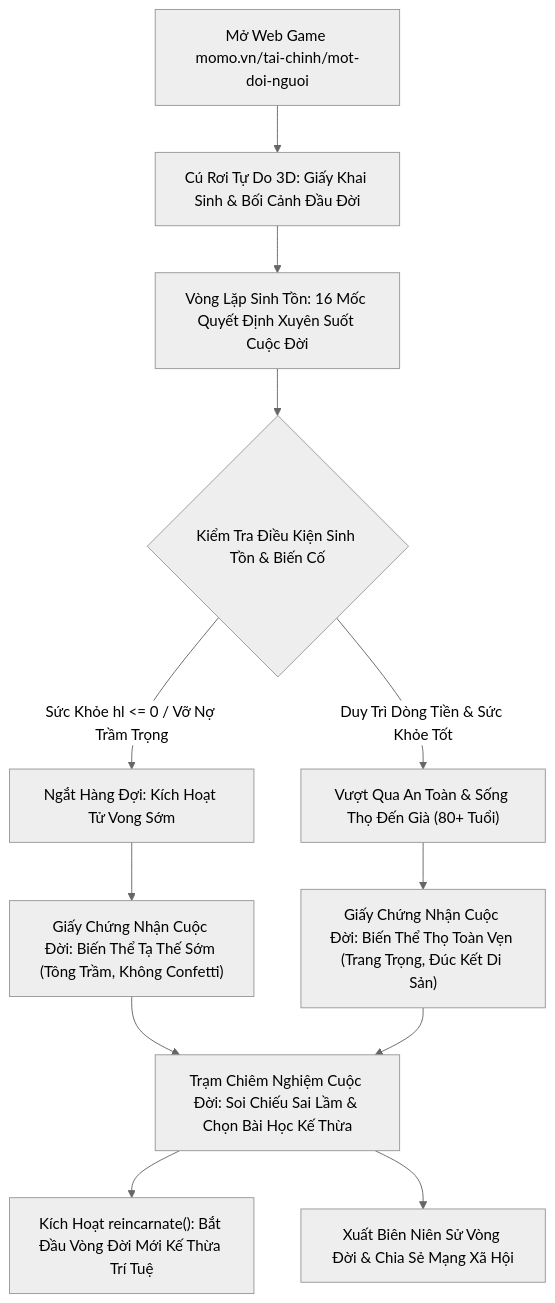
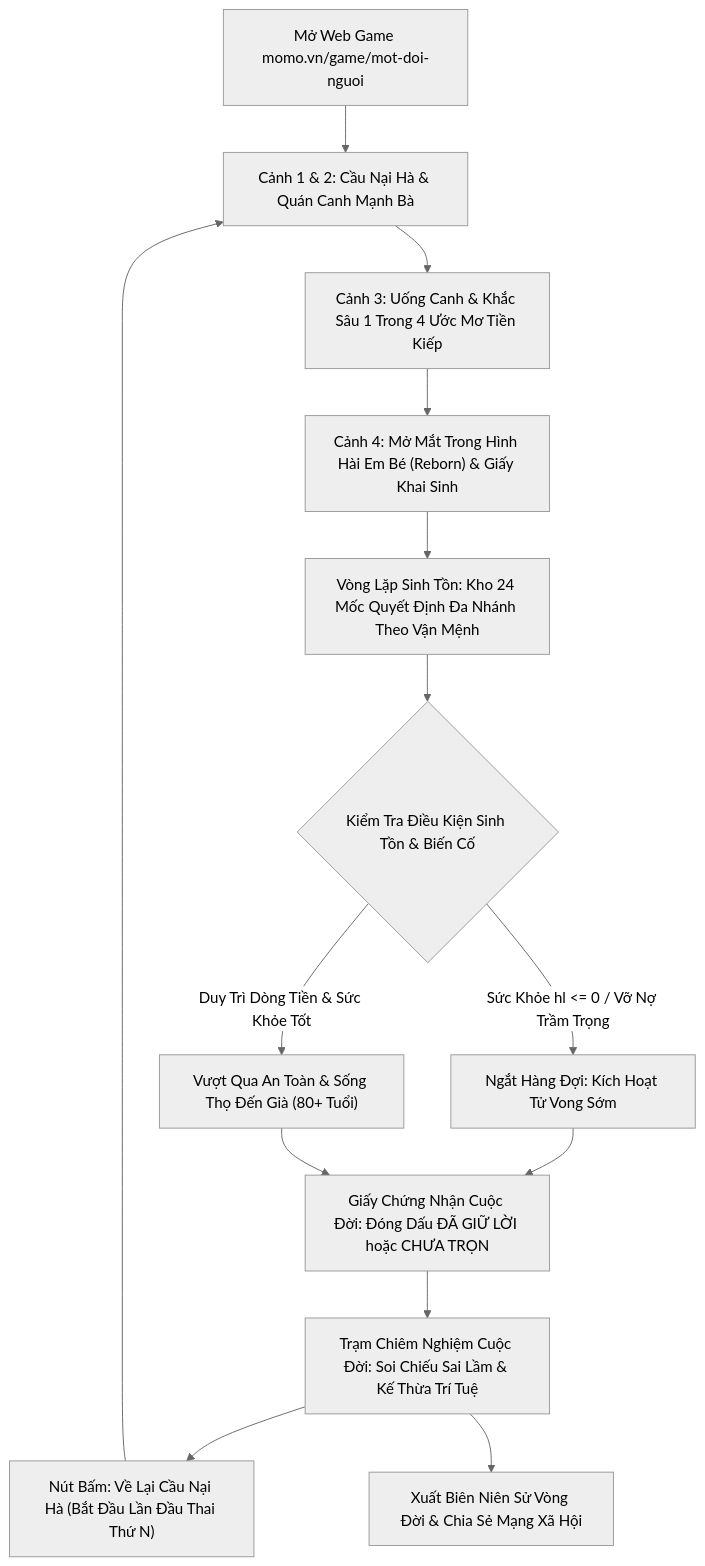
Before and after one commit to vanhien26/hienho-knowledgebase: the diagram in 09_PRD/life-simulation-game-prd.md, drawn with Mermaid (neutral theme). The commit also changed other lines of this file, not shown here.

Commit message:
docs(prd): standardize life simulation game PRD tables to markdown

````diff
--- a/09_PRD/life-simulation-game-prd.md
+++ b/09_PRD/life-simulation-game-prd.md
@@ -707,14 +667,16 @@
 ```mermaid
 graph TD
-    A["Mở Web Game momo.vn/tai-chinh/mot-doi-nguoi"] --> B["Cú Rơi Tự Do 3D: Giấy Khai Sinh & Bối Cảnh Đầu Đời"]
-    B --> C["Vòng Lặp Sinh Tồn: 16 Mốc Quyết Định Xuyên Suốt Cuộc Đời"]
-    C --> D{"Kiểm Tra Điều Kiện Sinh Tồn & Biến Cố"}
-    D -- "Sức Khỏe hl <= 0 / Vỡ Nợ Trầm Trọng" --> E["Ngắt Hàng Đợi: Kích Hoạt Tử Vong Sớm"]
-    D -- "Duy Trì Dòng Tiền & Sức Khỏe Tốt" --> F["Vượt Qua An Toàn & Sống Thọ Đến Già (80+ Tuổi)"]
-    E --> G["Giấy Chứng Nhận Cuộc Đời: Biến Thể Tạ Thế Sớm (Tông Trầm, Không Confetti)"]
-    F --> H["Giấy Chứng Nhận Cuộc Đời: Biến Thể Thọ Toàn Vẹn (Trang Trọng, Đúc Kết Di Sản)"]
-    G --> I["Trạm Chiêm Nghiệm Cuộc Đời: Soi Chiếu Sai Lầm & Chọn Bài Học Kế Thừa"]
+    A["Mở Web Game momo.vn/game/mot-doi-nguoi"] --> B["Cảnh 1 & 2: Cầu Nại Hà & Quán Canh Mạnh Bà"]
+    B --> C["Cảnh 3: Uống Canh & Khắc Sâu 1 Trong 4 Ước Mơ Tiền Kiếp"]
+    C --> D["Cảnh 4: Mở Mắt Trong Hình Hài Em Bé (Reborn) & Giấy Khai Sinh"]
+    D --> E["Vòng Lặp Sinh Tồn: Kho 24 Mốc Quyết Định Đa Nhánh Theo Vận Mệnh"]
+    E --> F{"Kiểm Tra Điều Kiện Sinh Tồn & Biến Cố"}
+    F -- "Sức Khỏe hl <= 0 / Vỡ Nợ Trầm Trọng" --> G["Ngắt Hàng Đợi: Kích Hoạt Tử Vong Sớm"]
+    F -- "Duy Trì Dòng Tiền & Sức Khỏe Tốt" --> H["Vượt Qua An Toàn & Sống Thọ Đến Già (80+ Tuổi)"]
+    G --> I["Giấy Chứng Nhận Cuộc Đời: Đóng Dấu ĐÃ GIỮ LỜI hoặc CHƯA TRỌN"]
     H --> I
-    I --> J["Kích Hoạt reincarnate(): Bắt Đầu Vòng Đời Mới Kế Thừa Trí Tuệ"]
-    I --> K["Xuất Biên Niên Sử Vòng Đời & Chia Sẻ Mạng Xã Hội"]
+    I --> J["Trạm Chiêm Nghiệm Cuộc Đời: Soi Chiếu Sai Lầm & Kế Thừa Trí Tuệ"]
+    J --> K["Nút Bấm: Về Lại Cầu Nại Hà (Bắt Đầu Lần Đầu Thai Thứ N)"]
+    J --> L["Xuất Biên Niên Sử Vòng Đời & Chia Sẻ Mạng Xã Hội"]
+    K --> B
 ```
````
